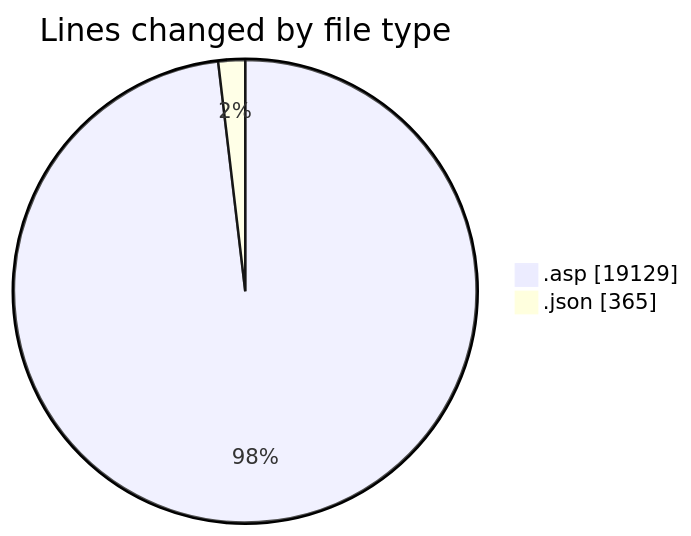
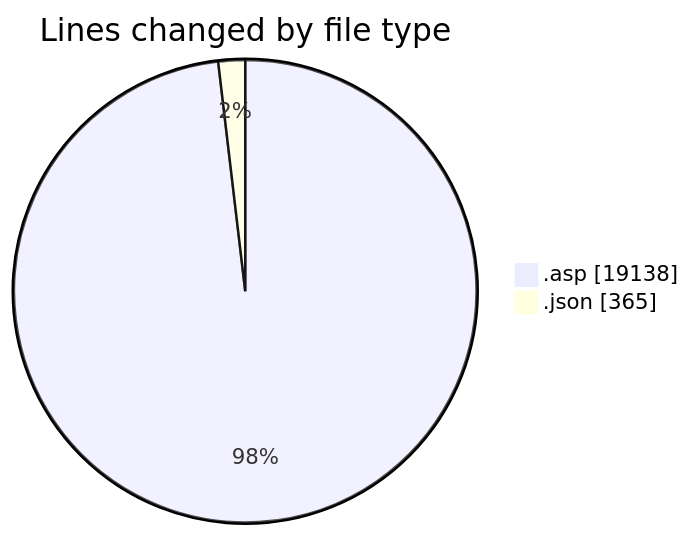
The first of 2 diagrams in 2025-11-01/cdp_aleoudev_fr__workspace_/README.md (julien-gomy/code-tracking), drawn with Mermaid before and after one commit. The commit also changed other lines of this file and 1 other file, not shown here.

````diff
--- a/2025-11-01/cdp_aleoudev_fr__workspace_/README.md
+++ b/2025-11-01/cdp_aleoudev_fr__workspace_/README.md
@@ -28,6 +28,6 @@
 ```mermaid
 pie showData
 title Lines changed by file type
-".asp" : 19129
+".asp" : 19138
 ".json" : 365
 ```
````
